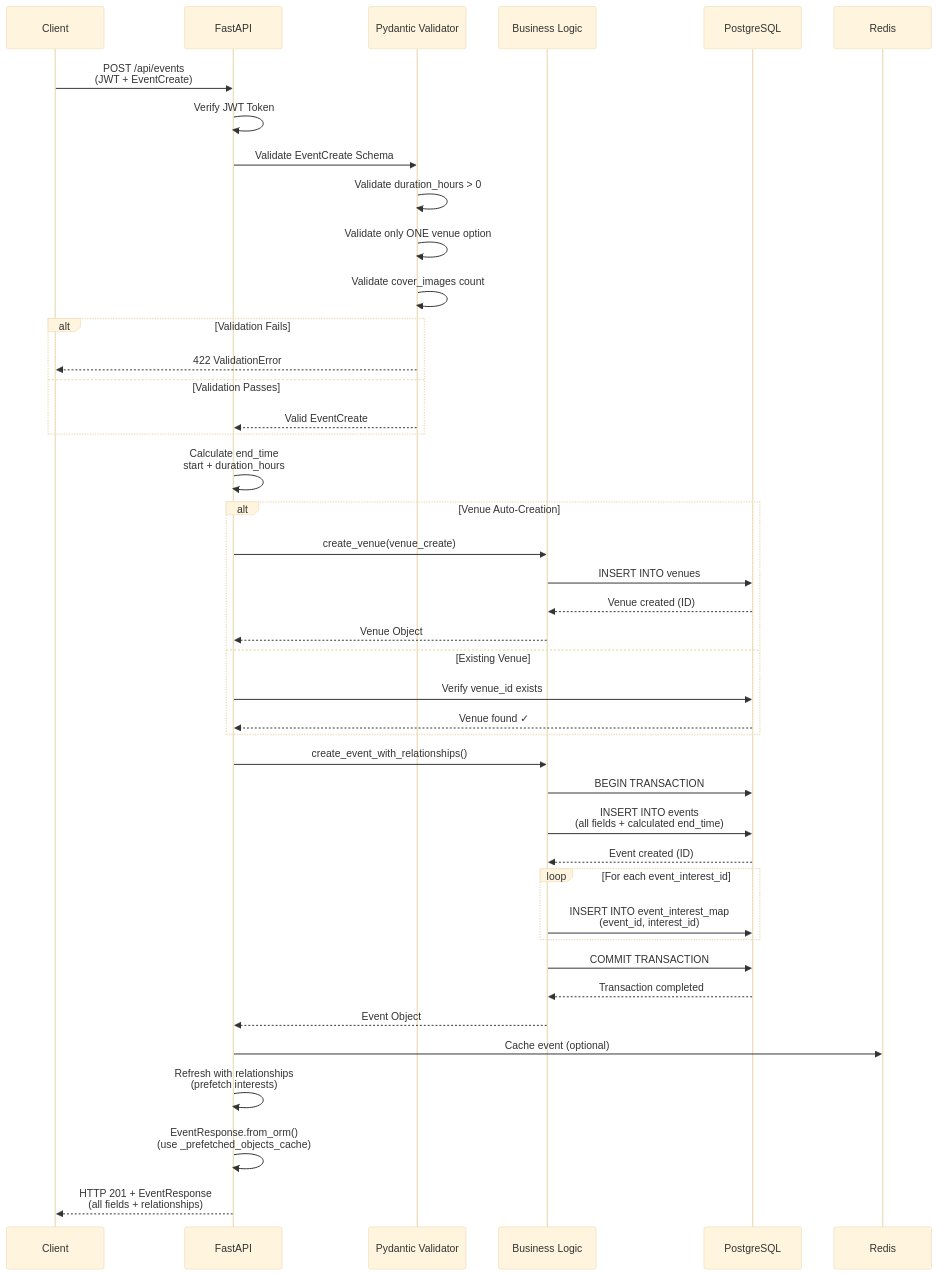
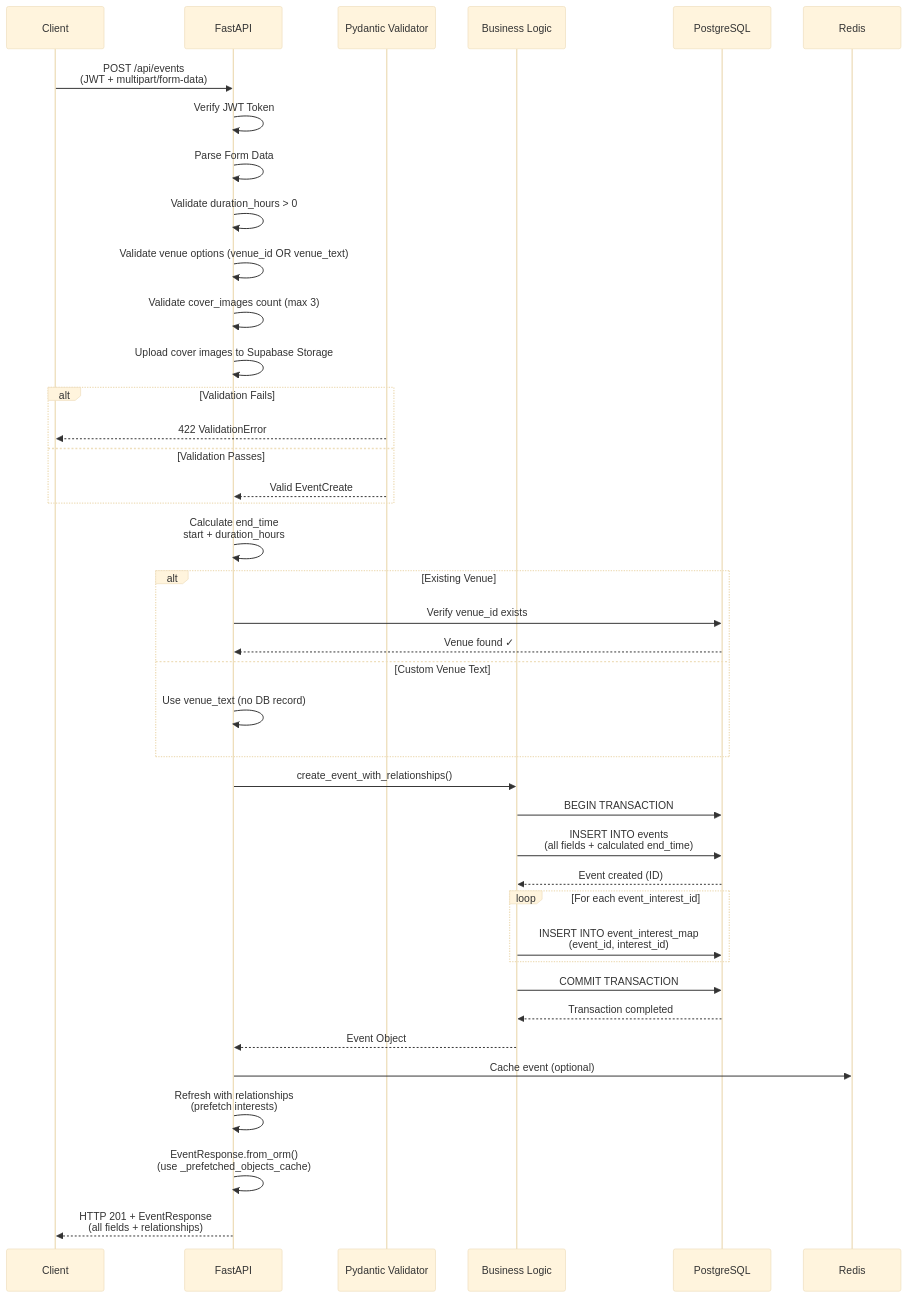
The sixth of 16 diagrams in events/docs/README.md (LOOPINX-CIRCLE/LoopinBackend), drawn with Mermaid (base theme) before and after one commit. The commit also changed other lines of this file and 2 other files, not shown here.

First line of the commit message:
Update event API docs for multipart/form-data and Supabase Storage

````diff
--- a/events/docs/README.md
+++ b/events/docs/README.md
@@ -386,60 +379,58 @@
 ```mermaid
 sequenceDiagram
     participant Client
     participant FastAPI
     participant Pydantic as Pydantic Validator
     participant Business as Business Logic
     participant DB as PostgreSQL
     participant Redis
     
-    Client->>FastAPI: POST /api/events<br/>(JWT + EventCreate)
+    Client->>FastAPI: POST /api/events<br/>(JWT + multipart/form-data)
     
     FastAPI->>FastAPI: Verify JWT Token
-    FastAPI->>Pydantic: Validate EventCreate Schema
+    FastAPI->>FastAPI: Parse Form Data
     
-    Pydantic->>Pydantic: Validate duration_hours > 0
-    Pydantic->>Pydantic: Validate only ONE venue option
-    Pydantic->>Pydantic: Validate cover_images count
+    FastAPI->>FastAPI: Validate duration_hours > 0
+    FastAPI->>FastAPI: Validate venue options (venue_id OR venue_text)
+    FastAPI->>FastAPI: Validate cover_images count (max 3)
+    FastAPI->>FastAPI: Upload cover images to Supabase Storage
     
     alt Validation Fails
         Pydantic-->>Client: 422 ValidationError
     else Validation Passes
         Pydantic-->>FastAPI: Valid EventCreate
     end
     
     FastAPI->>FastAPI: Calculate end_time<br/>start + duration_hours
     
-    alt Venue Auto-Creation
-        FastAPI->>Business: create_venue(venue_create)
-        Business->>DB: INSERT INTO venues
-        DB-->>Business: Venue created (ID)
-        Business-->>FastAPI: Venue Object
-    else Existing Venue
+    alt Existing Venue
         FastAPI->>DB: Verify venue_id exists
         DB-->>FastAPI: Venue found ✓
+    else Custom Venue Text
+        FastAPI->>FastAPI: Use venue_text (no DB record)
     end
     
     FastAPI->>Business: create_event_with_relationships()
     
     Business->>DB: BEGIN TRANSACTION
     
     Business->>DB: INSERT INTO events<br/>(all fields + calculated end_time)
     DB-->>Business: Event created (ID)
     
     loop For each event_interest_id
         Business->>DB: INSERT INTO event_interest_map<br/>(event_id, interest_id)
     end
     
     Business->>DB: COMMIT TRANSACTION
     
     DB-->>Business: Transaction completed
     Business-->>FastAPI: Event Object
     
     FastAPI->>Redis: Cache event (optional)
     
     FastAPI->>FastAPI: Refresh with relationships<br/>(prefetch interests)
     
     FastAPI->>FastAPI: EventResponse.from_orm()<br/>(use _prefetched_objects_cache)
     
     FastAPI-->>Client: HTTP 201 + EventResponse<br/>(all fields + relationships)
 ```
````
